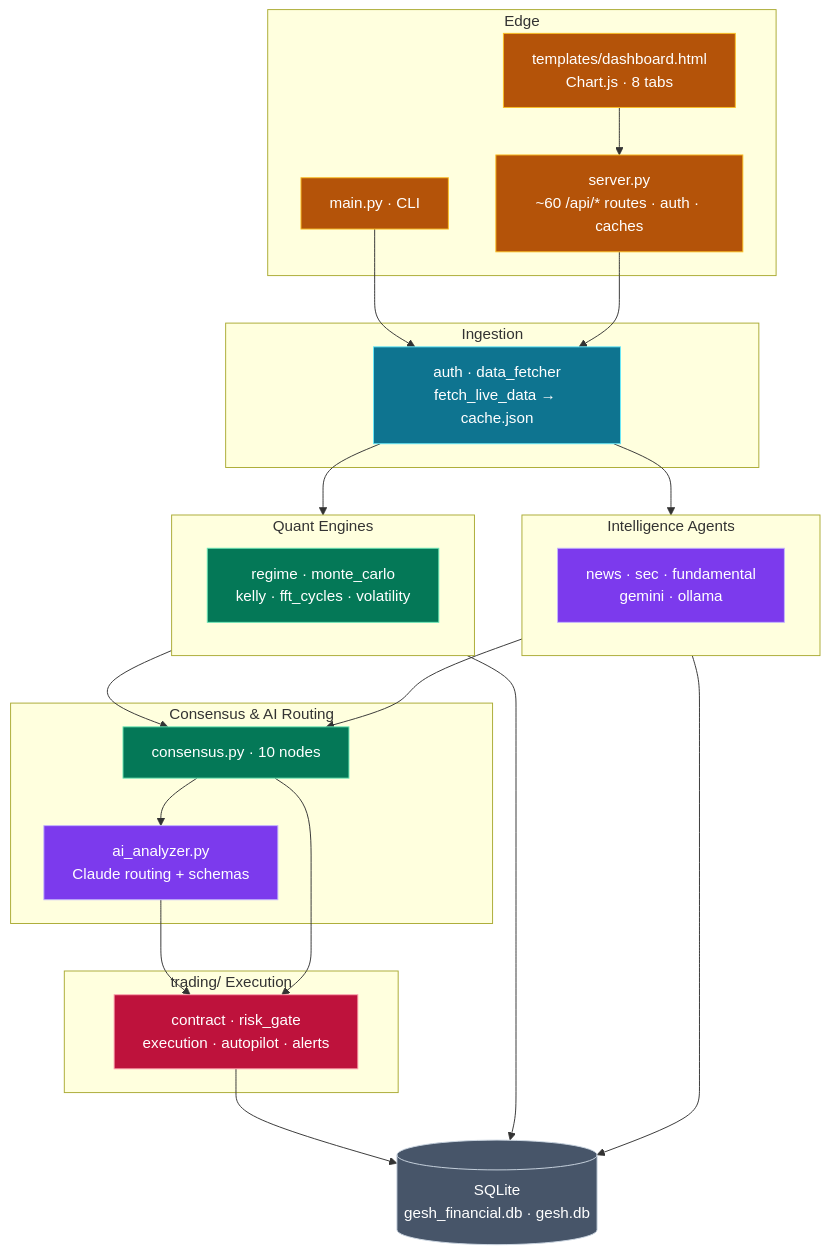
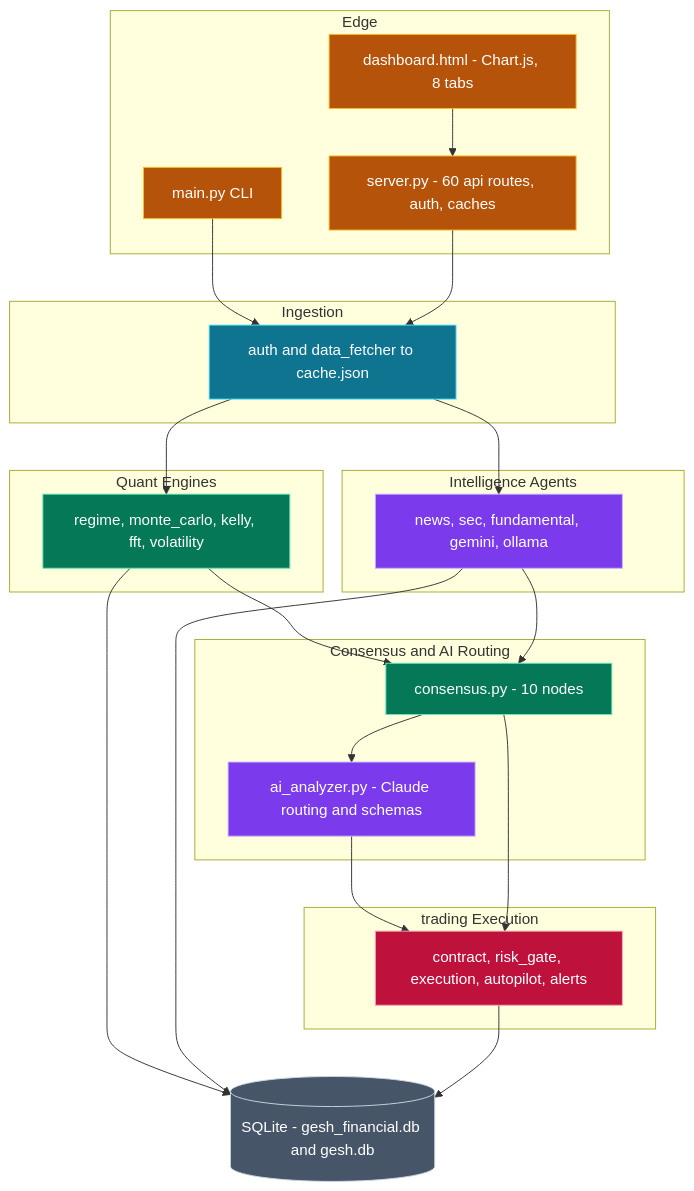
One commit to gesh75/Gesh-Project changed the second of 8 diagrams in docs/ARCHITECTURE.md. Above: the diagram before and after it, drawn with Mermaid. The commit also changed other lines of this file and 1 other file, not shown here.

Commit message:
docs: harden mermaid diagrams for reliable GitHub rendering

````diff
--- a/docs/ARCHITECTURE.md
+++ b/docs/ARCHITECTURE.md
@@ -76,51 +76,51 @@
 ```mermaid
 flowchart TB
     subgraph EDGE["Edge"]
-        api["server.py<br/>~60 /api/* routes · auth · caches"]:::core
-        dash["templates/dashboard.html<br/>Chart.js · 8 tabs"]:::core
-        cli["main.py · CLI"]:::core
+        api["server.py - 60 api routes, auth, caches"]:::core
+        dash["dashboard.html - Chart.js, 8 tabs"]:::core
+        cli["main.py CLI"]:::core
     end
 
     subgraph INGEST["Ingestion"]
-        fetch["auth · data_fetcher<br/>fetch_live_data → cache.json"]:::svc
+        fetch["auth and data_fetcher to cache.json"]:::svc
     end
 
     subgraph QUANT["Quant Engines"]
-        regime["regime · monte_carlo<br/>kelly · fft_cycles · volatility"]:::data
+        regime["regime, monte_carlo, kelly, fft, volatility"]:::data
     end
 
     subgraph AGENTS["Intelligence Agents"]
-        intel["news · sec · fundamental<br/>gemini · ollama"]:::ai
+        intel["news, sec, fundamental, gemini, ollama"]:::ai
     end
 
-    subgraph BRAIN["Consensus & AI Routing"]
-        cons["consensus.py · 10 nodes"]:::data
-        ai["ai_analyzer.py<br/>Claude routing + schemas"]:::ai
+    subgraph BRAIN["Consensus and AI Routing"]
+        cons["consensus.py - 10 nodes"]:::data
+        ai["ai_analyzer.py - Claude routing and schemas"]:::ai
     end
 
-    subgraph EXEC["trading/ Execution"]
-        gate["contract · risk_gate<br/>execution · autopilot · alerts"]:::danger
+    subgraph EXEC["trading Execution"]
+        gate["contract, risk_gate, execution, autopilot, alerts"]:::danger
     end
 
-    store[("SQLite<br/>gesh_financial.db · gesh.db")]:::store
+    store[("SQLite - gesh_financial.db and gesh.db")]:::store
 
     dash --> api
     cli --> fetch
-    api --> fetch --> QUANT
-    fetch --> AGENTS
-    QUANT --> cons
-    AGENTS --> cons
+    api --> fetch --> regime
+    fetch --> intel
+    regime --> cons
+    intel --> cons
     cons --> ai
     ai --> gate
     cons --> gate
-    QUANT --> store
-    AGENTS --> store
+    regime --> store
+    intel --> store
     gate --> store
 
     classDef core   fill:#b45309,stroke:#fbbf24,color:#fff
     classDef svc    fill:#0e7490,stroke:#67e8f9,color:#fff
     classDef data   fill:#047857,stroke:#6ee7b7,color:#fff
     classDef ai     fill:#7c3aed,stroke:#c4b5fd,color:#fff
     classDef danger fill:#be123c,stroke:#fda4af,color:#fff
     classDef store  fill:#475569,stroke:#cbd5e1,color:#fff
 ```
````
